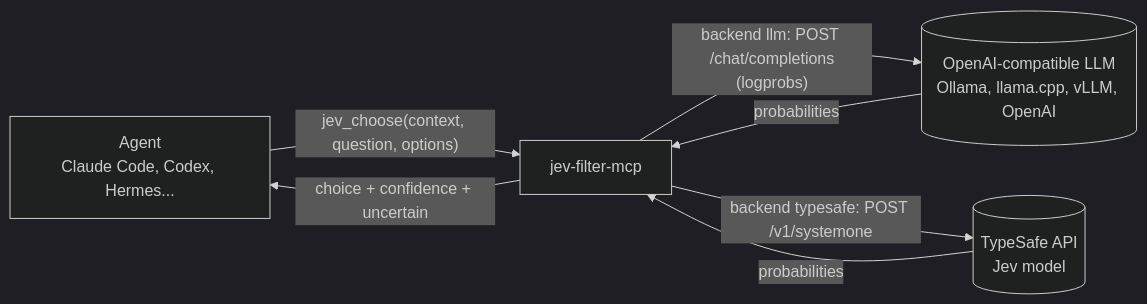
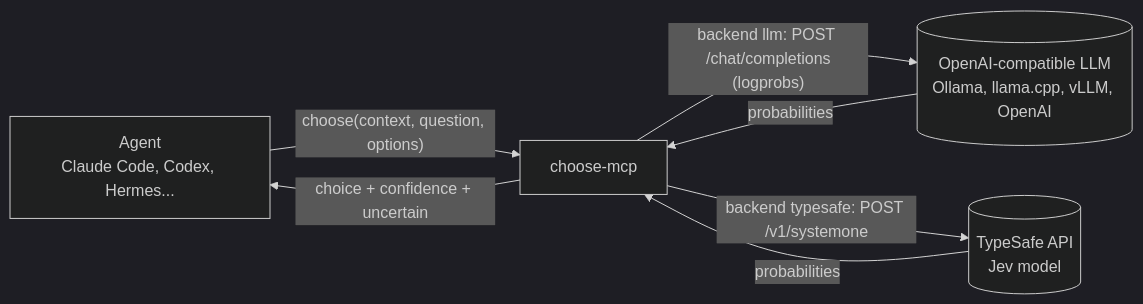
One commit to PedroRamosPereira/choose-mcp changed the diagram in README.md. Above: the diagram before and after it, drawn with Mermaid (dark theme). The commit also changed other lines of this file and 7 other files, not shown here.

First line of the commit message:
Rename project to choose-mcp

````diff
--- a/README.md
+++ b/README.md
@@ -75,9 +75,9 @@
 ```mermaid
 flowchart LR
-    A[Agent<br/>Claude Code, Codex, Hermes...] -- "jev_choose(context, question, options)" --> S[jev-filter-mcp]
+    A[Agent<br/>Claude Code, Codex, Hermes...] -- "choose(context, question, options)" --> S[choose-mcp]
     S -- "backend llm: POST /chat/completions<br/>(logprobs)" --> L[(OpenAI-compatible LLM<br/>Ollama, llama.cpp, vLLM, OpenAI)]
     S -- "backend typesafe: POST /v1/systemone" --> J[(TypeSafe API<br/>Jev model)]
     L -- probabilities --> S
     J -- probabilities --> S
     S -- "choice + confidence + uncertain" --> A
 ```
````
